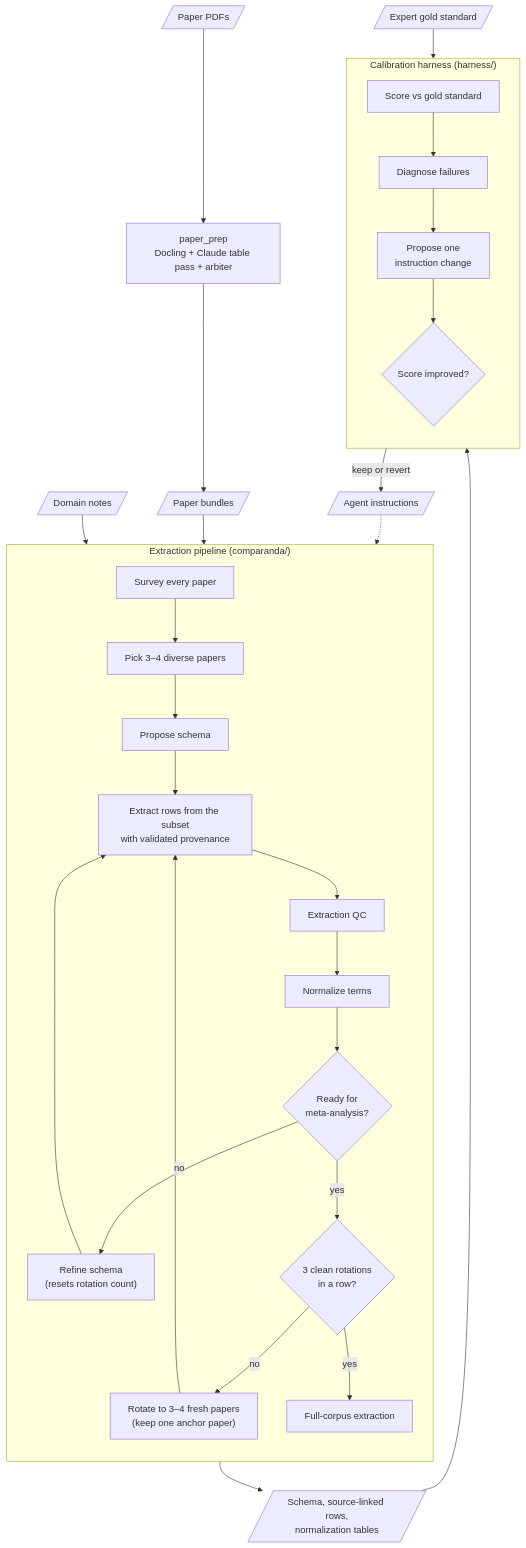
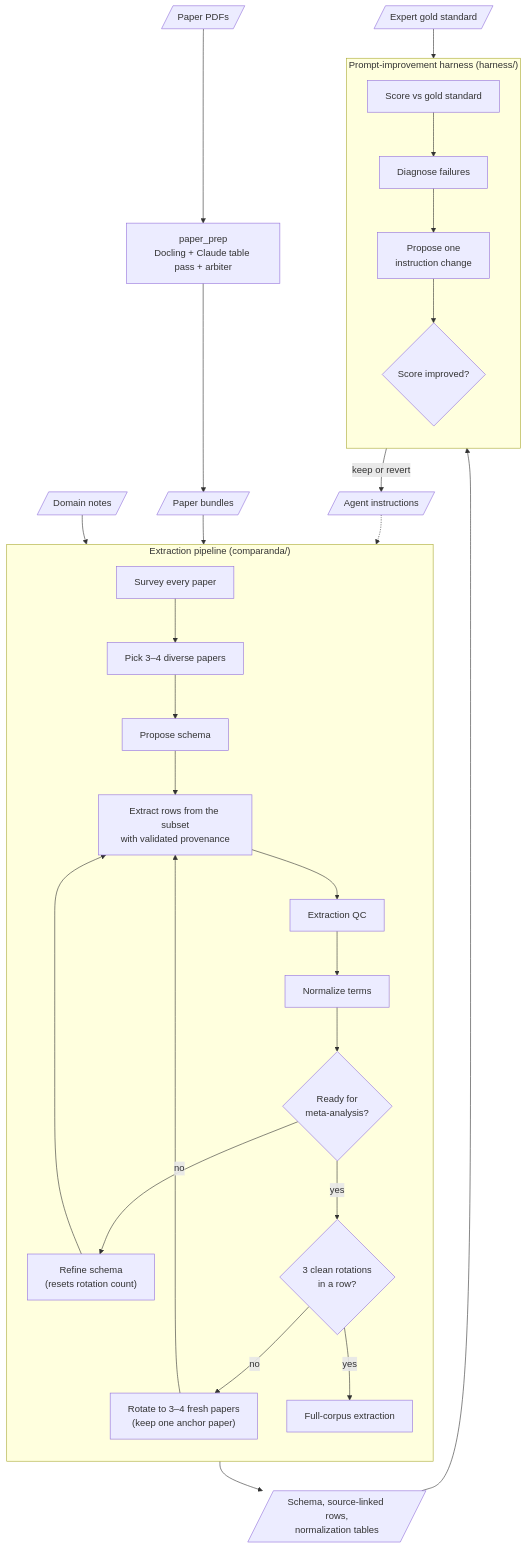
Before and after one commit to metacensus/comparanda: the diagram in README.md, drawn with Mermaid. The commit also changed other lines of this file, not shown here.

Commit message:
docs: describe the harness as a hill-climbing prompt-improvement ratchet

````diff
--- a/README.md
+++ b/README.md
@@ -14,36 +15,36 @@
 ```mermaid
 flowchart TB
     PDFs[/"Paper PDFs"/] --> Prep["paper_prep<br/>Docling + Claude table pass + arbiter"]
     Notes[/"Domain notes"/] --> Survey
     Prep --> Bundles[/"Paper bundles"/] --> Survey
 
     subgraph Pipeline["Extraction pipeline (comparanda/)"]
         direction TB
         Survey["Survey every paper"] --> Select["Pick 3–4 diverse papers"]
         Select --> Schema["Propose schema"]
         Schema --> Extract["Extract rows from the subset<br/>with validated provenance"]
         Extract --> QC["Extraction QC"]
         QC --> Normalize["Normalize terms"]
         Normalize --> Critique{"Ready for<br/>meta-analysis?"}
         Critique -->|"no"| Refine["Refine schema<br/>(resets rotation count)"]
         Refine --> Extract
         Critique -->|yes| Count{"3 clean rotations<br/>in a row?"}
         Count -->|no| Rotate["Rotate to 3–4 fresh papers<br/>(keep one anchor paper)"]
         Rotate --> Extract
         Count -->|yes| Full["Full-corpus extraction"]
     end
 
     Full --> Out[/"Schema, source-linked rows,<br/>normalization tables"/]
 
-    subgraph Harness["Calibration harness (harness/)"]
+    subgraph Harness["Prompt-improvement harness (harness/)"]
         direction TB
         Eval["Score vs gold standard"] --> Diagnose["Diagnose failures"]
         Diagnose --> Critic["Propose one<br/>instruction change"]
         Critic --> Keep{"Score improved?"}
     end
 
     Gold[/"Expert gold standard"/] --> Eval
     Out --> Eval
     Keep -->|"keep or revert"| Instr[/"Agent instructions"/]
     Instr -.-> Pipeline
 ```
````
